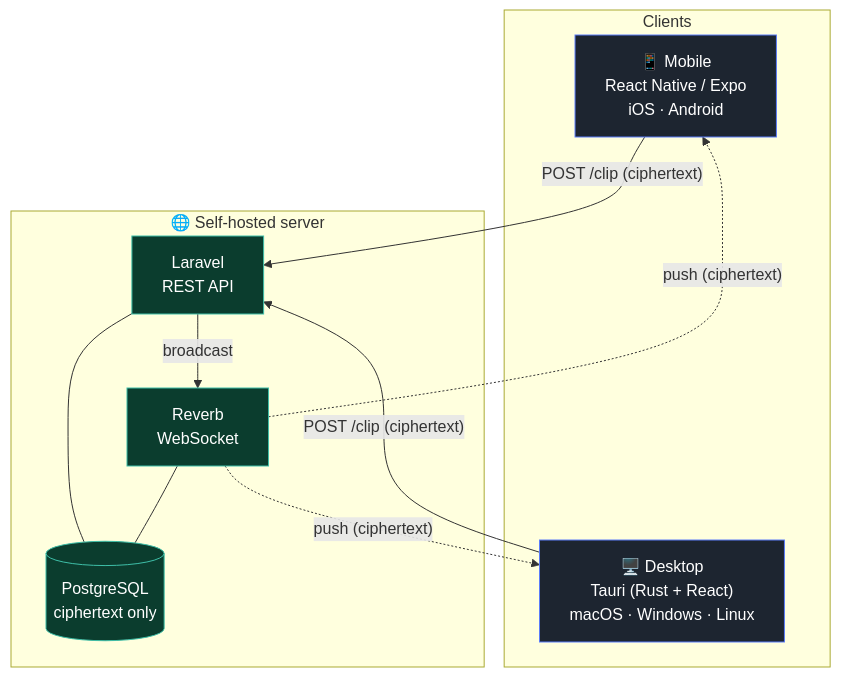
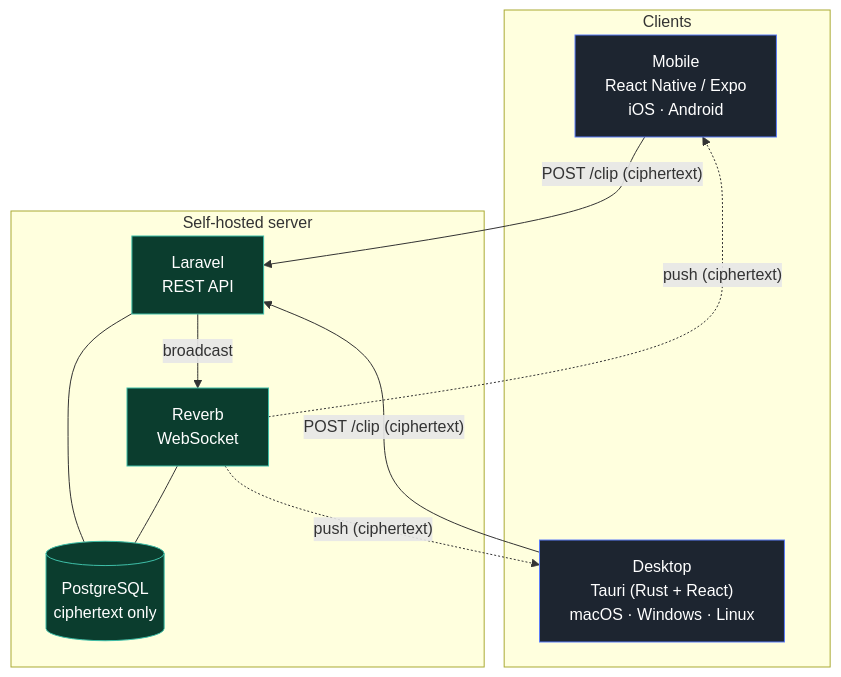
One commit to kevindupas/mimoe changed the first of 3 diagrams in README.md. Above: the diagram before and after it, drawn with Mermaid. The commit also changed other lines of this file, not shown here.

Commit message:
docs: clip-lifecycle diagram styling, drop emojis from diagrams

````diff
--- a/README.md
+++ b/README.md
@@ -58,26 +58,26 @@
 ```mermaid
 graph TB
     subgraph Clients
-        M["📱 Mobile<br/>React Native / Expo<br/>iOS · Android"]
-        D["🖥️ Desktop<br/>Tauri (Rust + React)<br/>macOS · Windows · Linux"]
+        M["Mobile<br/>React Native / Expo<br/>iOS · Android"]
+        D["Desktop<br/>Tauri (Rust + React)<br/>macOS · Windows · Linux"]
     end
 
-    subgraph Server["🌐 Self-hosted server"]
+    subgraph Server["Self-hosted server"]
         API["Laravel<br/>REST API"]
         WS["Reverb<br/>WebSocket"]
         DB[("PostgreSQL<br/>ciphertext only")]
         API --- DB
         WS --- DB
     end
 
     M -- "POST /clip (ciphertext)" --> API
     D -- "POST /clip (ciphertext)" --> API
     API -- "broadcast" --> WS
     WS -. "push (ciphertext)" .-> M
     WS -. "push (ciphertext)" .-> D
 
     classDef srv fill:#0b3d2e,stroke:#3fbfa8,color:#fff;
     classDef cli fill:#1d2530,stroke:#5b7cfa,color:#fff;
     class API,WS,DB srv;
     class M,D cli;
 ```
````
